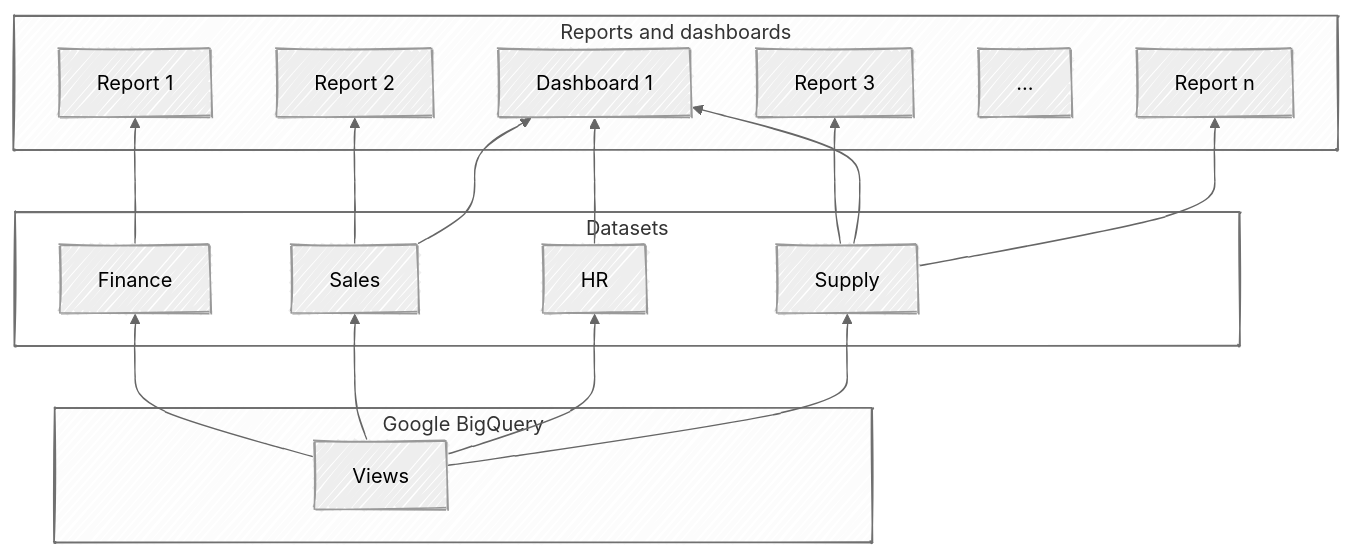
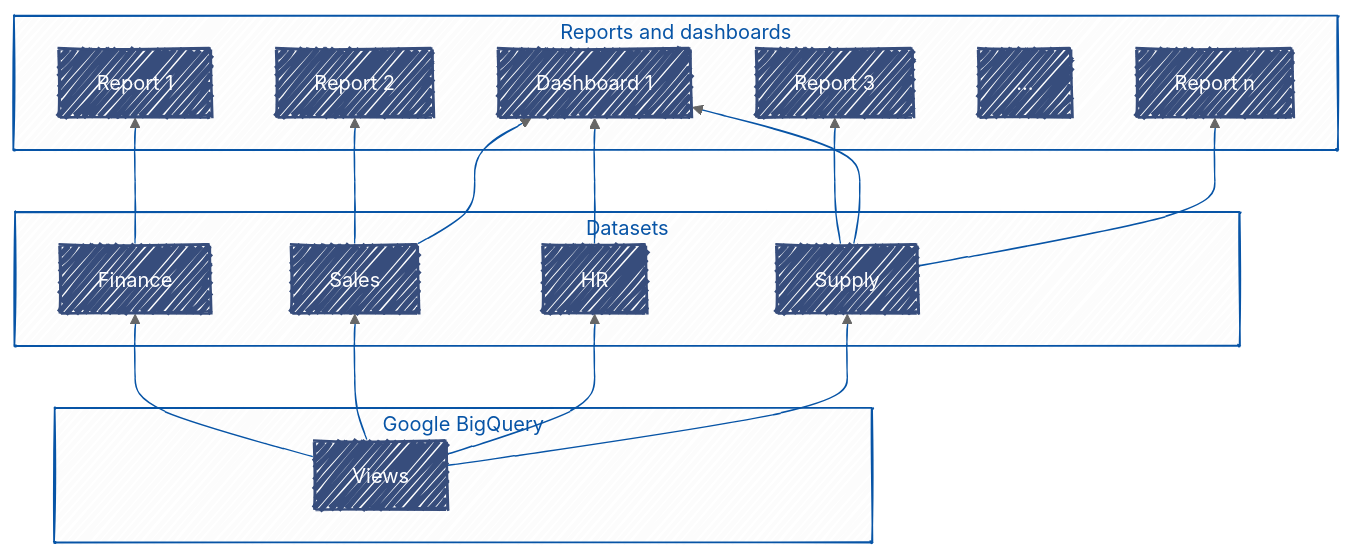
One commit to AxesAccess/Blog changed the diagram in posts/20250106-bi-flowchart/diagrams/powerbi.mmd. Above: the diagram before and after it, drawn with Mermaid. The commit also changed 4 other files, not shown here.

Commit message:
Update diagrams' styles

```diff
--- a/posts/20250106-bi-flowchart/diagrams/powerbi.mmd
+++ b/posts/20250106-bi-flowchart/diagrams/powerbi.mmd
@@ -1,29 +1,54 @@
 ---
 config:
   look: handDrawn
   theme: neutral
 ---
 flowchart BT
  subgraph s3["Datasets"]
         n22["Sales"]
         n23["Supply"]
         n24["Finance"]
         n25["HR"]
   end
  subgraph s4["Reports and dashboards"]
         n26["Report 2"]
         n27["Report 3"]
         n29["Report 1"]
         n40["Dashboard 1"]
         n42["..."]
         n41["Report n"]
   end
  subgraph s5["Google BigQuery"]
         n51["Views"]
   end
     n51 --> n24 & n22 & n25 & n23
     n22 --> n26 & n40
     n23 --> n27 & n40 & n41
     n24 --> n29
     n25 --> n40
-    style s3 fill:#ffffff
+     n22:::Blueprint
+     n23:::Blueprint
+     n24:::Blueprint
+     n25:::Blueprint
+     n26:::Blueprint
+     n27:::Blueprint
+     n29:::Blueprint
+     n40:::Blueprint
+     n42:::Blueprint
+     n41:::Blueprint
+     n51:::Blueprint
+    classDef Blueprint stroke-width:2px, stroke-dasharray:none, stroke:#374D7C, fill:0754a6, color:#ffffff
+    style s3 stroke:#0754a6,color:#0754a6
+    style s5 stroke:#0754a6,color:#0754a6
+    style s4 stroke:#0754a6,color:#0754a6
+    linkStyle 0 stroke:#0754a6,fill:none
+    linkStyle 1 stroke:#0754a6,fill:none
+    linkStyle 2 stroke:#0754a6,fill:none
+    linkStyle 3 stroke:#0754a6,fill:none
+    linkStyle 4 stroke:#0754a6,fill:none
+    linkStyle 5 stroke:#0754a6,fill:none
+    linkStyle 6 stroke:#0754a6,fill:none
+    linkStyle 7 stroke:#0754a6,fill:none
+    linkStyle 8 stroke:#0754a6,fill:none
+    linkStyle 9 stroke:#0754a6,fill:none
+    linkStyle 10 stroke:#0754a6,fill:none
```
